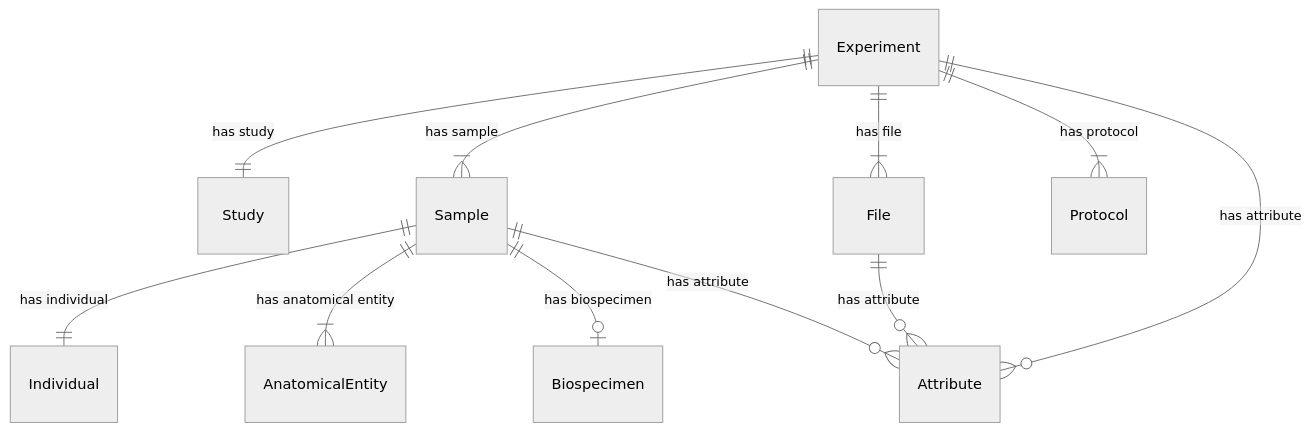
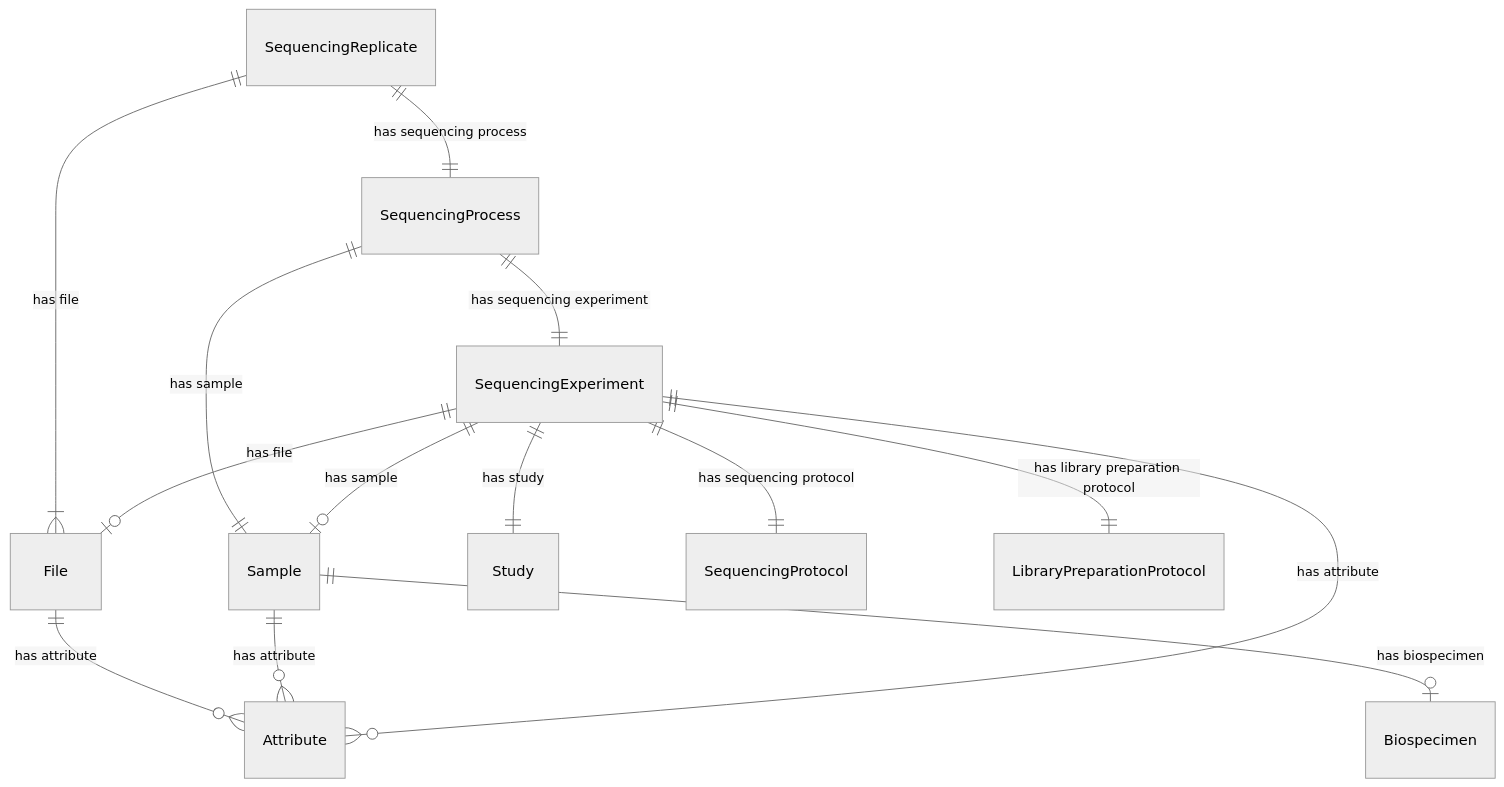
The third of 3 diagrams in docs/entity_relations.md (ghga-de/ghga-metadata-schema), drawn with Mermaid (neutral theme) before and after one commit. The commit also changed other lines of this file and 3 other files, not shown here.

````diff
--- a/docs/entity_relations.md
+++ b/docs/entity_relations.md
@@ -167,24 +174,33 @@
 ```mermaid
 erDiagram
+SequencingReplicate {
+
+}
+SequencingProcess {
+
+}
 File {
 
 }
 Sample {
 
 }
-Experiment {
+SequencingExperiment {
 
 }
 
+SequencingReplicate ||--}| File : "has file"
+SequencingReplicate ||--|| SequencingProcess : "has sequencing process"
+SequencingProcess ||--|| SequencingExperiment : "has sequencing experiment"
+SequencingProcess ||--|| Sample : "has sample"
 File ||--}o Attribute : "has attribute"
-Sample ||--|| Individual : "has individual"
-Sample ||--}| AnatomicalEntity : "has anatomical entity"
 Sample ||--|o Biospecimen : "has biospecimen"
 Sample ||--}o Attribute : "has attribute"
-Experiment ||--|| Study : "has study"
-Experiment ||--}| Sample : "has sample"
-Experiment ||--}| File : "has file"
-Experiment ||--}| Protocol : "has protocol"
-Experiment ||--}o Attribute : "has attribute"
+SequencingExperiment ||--|| Study : "has study"
+SequencingExperiment ||--|o Sample : "has sample"
+SequencingExperiment ||--|o File : "has file"
+SequencingExperiment ||--|| SequencingProtocol : "has sequencing protocol"
+SequencingExperiment ||--|| LibraryPreparationProtocol : "has library preparation protocol"
+SequencingExperiment ||--}o Attribute : "has attribute"
 
 ```
````
